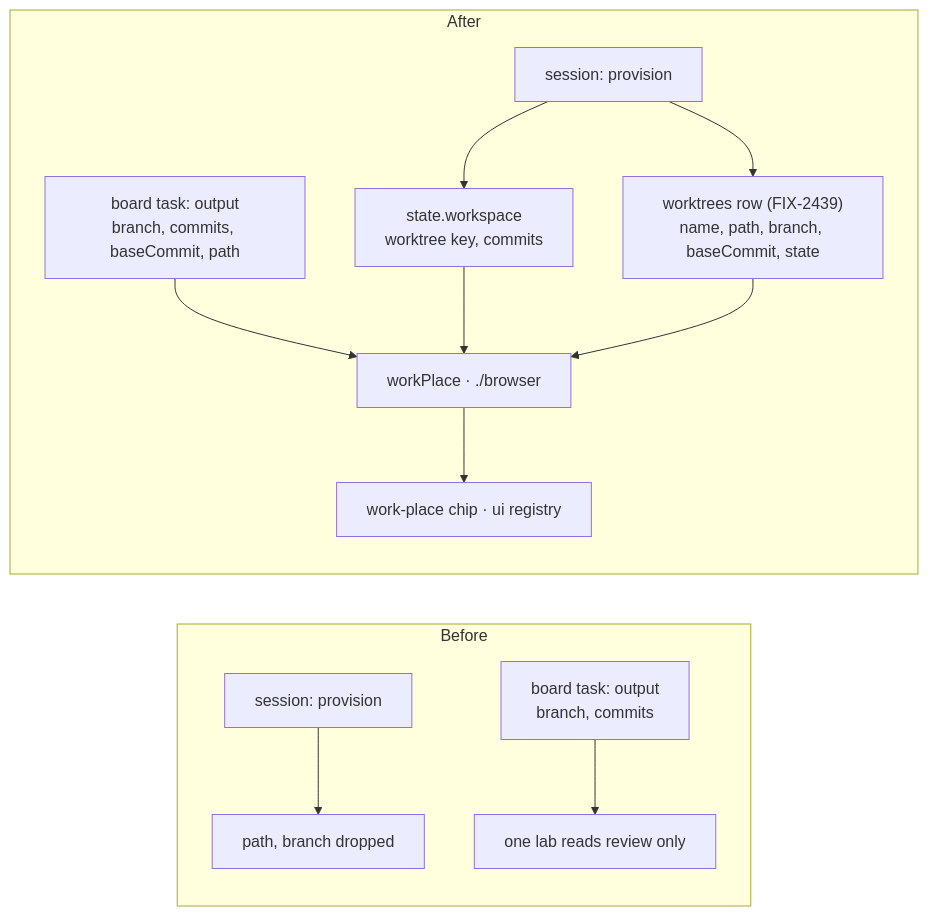
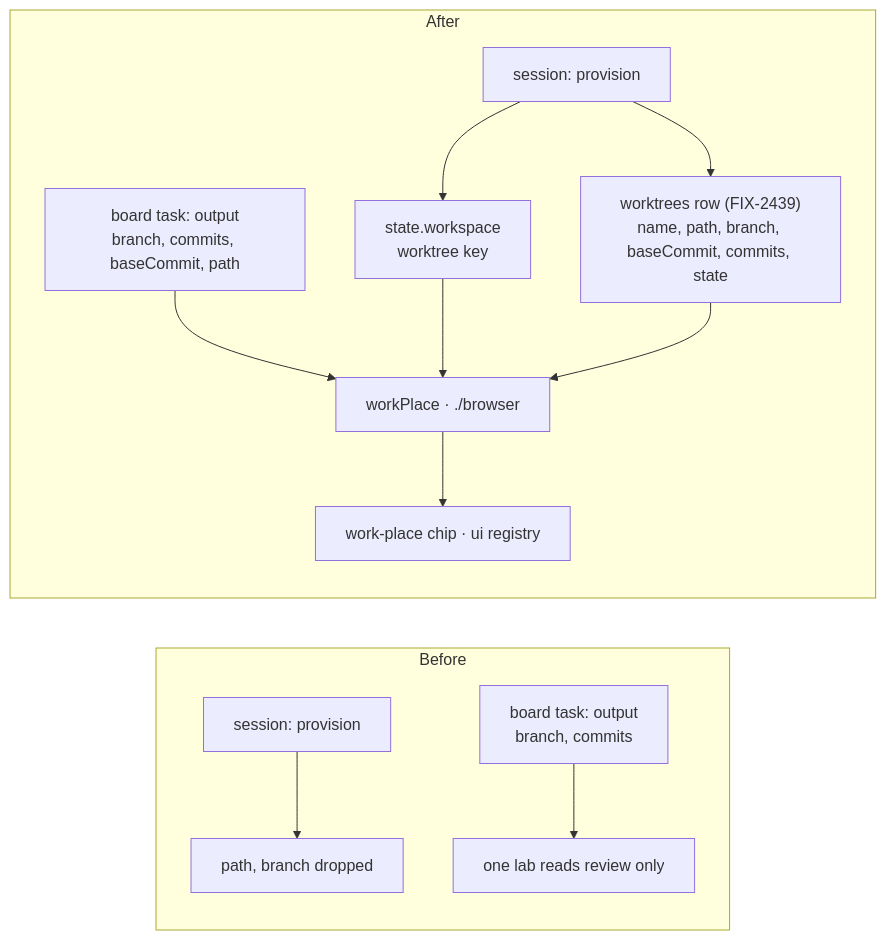
One commit to fixpoint-labs/flow-state-dev changed the second of 2 diagrams in specs/issues/FIX-2386/SPEC.md. Above: the diagram before and after it, drawn with Mermaid. The commit also changed other lines of this file and 1 other file, not shown here.

First line of the commit message:
spec(FIX-2386): branch and count are one snapshot on the worktree row

````diff
--- a/specs/issues/FIX-2386/SPEC.md
+++ b/specs/issues/FIX-2386/SPEC.md
@@ -63,15 +63,15 @@
 ```mermaid
 flowchart LR
   subgraph before["Before"]
     P1["session: provision"] --> D1x["path, branch dropped"]
     M1["board task: output<br/>branch, commits"] --> L1["one lab reads review only"]
   end
   subgraph after["After"]
-    P2["session: provision"] --> R2["worktrees row (FIX-2439)<br/>name, path, branch, baseCommit, state"]
-    P2 --> S2["state.workspace<br/>worktree key, commits"]
+    P2["session: provision"] --> R2["worktrees row (FIX-2439)<br/>name, path, branch, baseCommit, commits, state"]
+    P2 --> S2["state.workspace<br/>worktree key"]
     M2["board task: output<br/>branch, commits, baseCommit, path"] --> W2["workPlace · ./browser"]
     S2 --> W2
     R2 --> W2
     W2 --> C2["work-place chip · ui registry"]
   end
 ```
````
